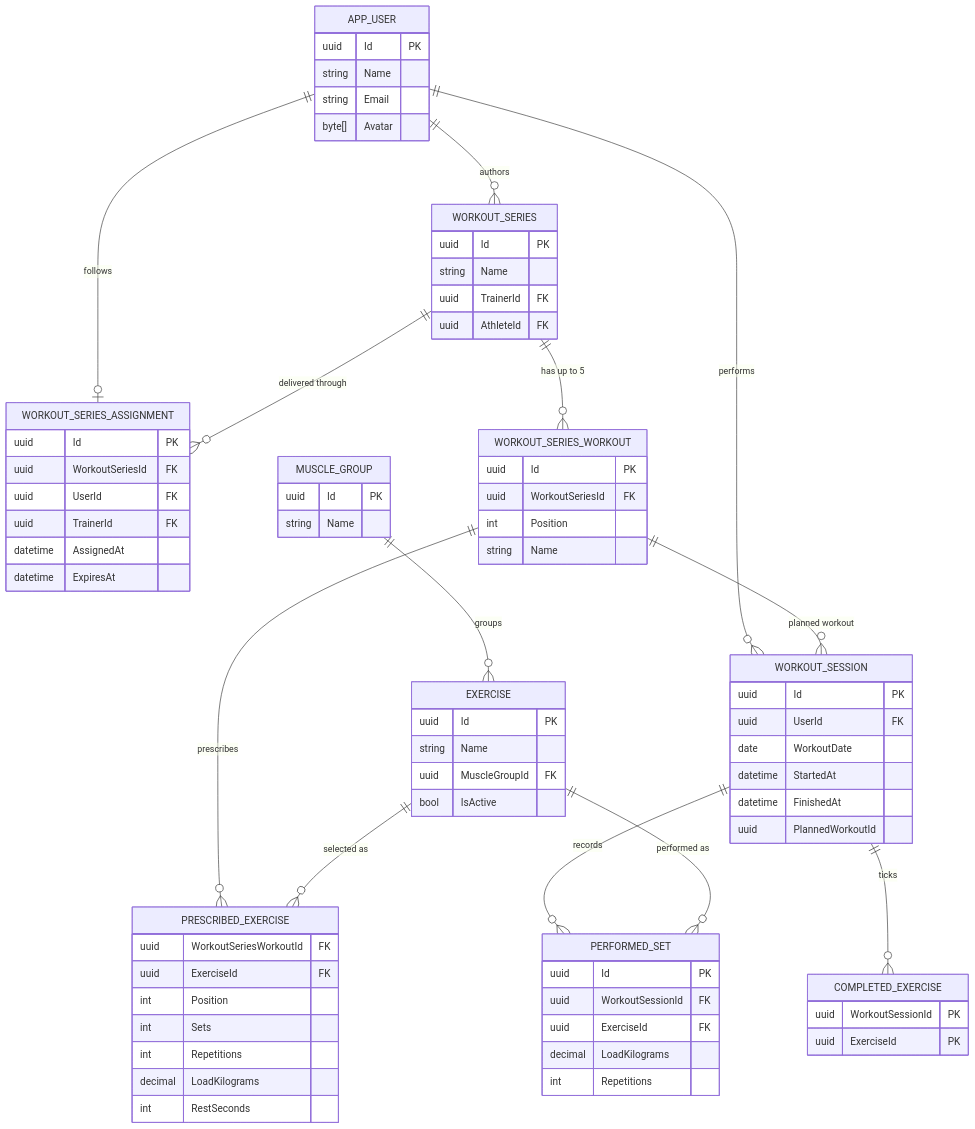
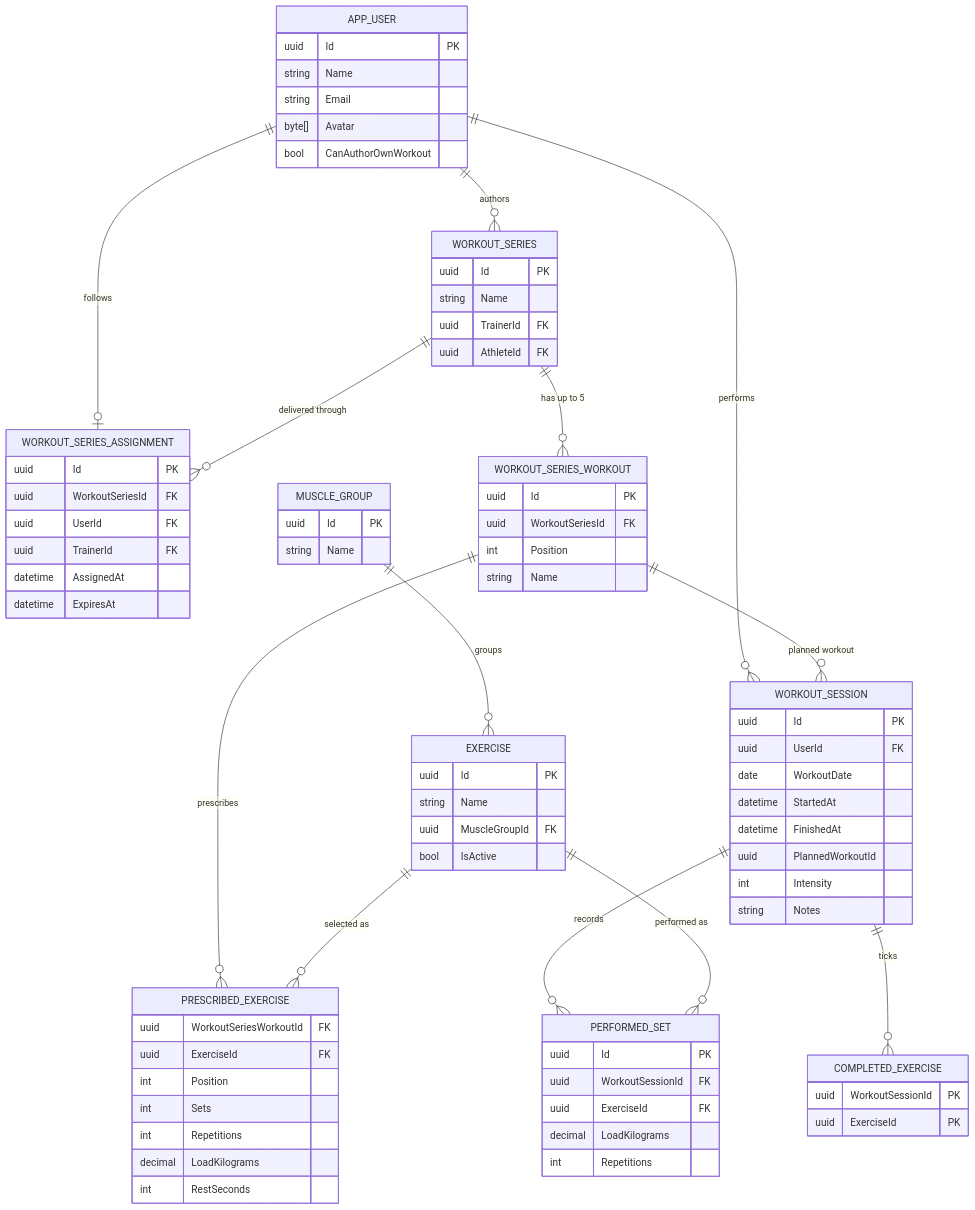
Before and after one commit to claudiovolnei/fit-track: the third of 4 diagrams in README.md, drawn with Mermaid. The commit also changed other lines of this file and 92 other files, not shown here.

```diff
--- a/README.md
+++ b/README.md
@@ -107,6 +108,7 @@
         string Name
         string Email
         byte[] Avatar
+        bool CanAuthorOwnWorkout
     }
 
     MUSCLE_GROUP {
@@ -161,6 +163,8 @@
         datetime StartedAt
         datetime FinishedAt
         uuid PlannedWorkoutId
+        int Intensity
+        string Notes
     }
 
     PERFORMED_SET {
```
